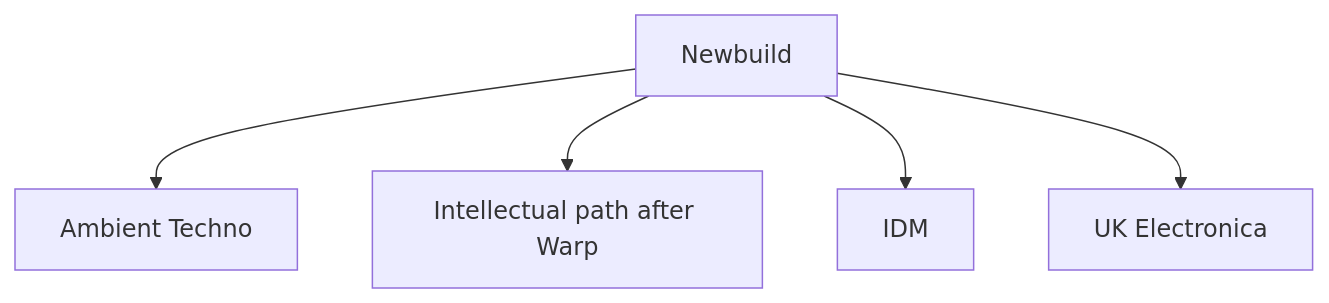
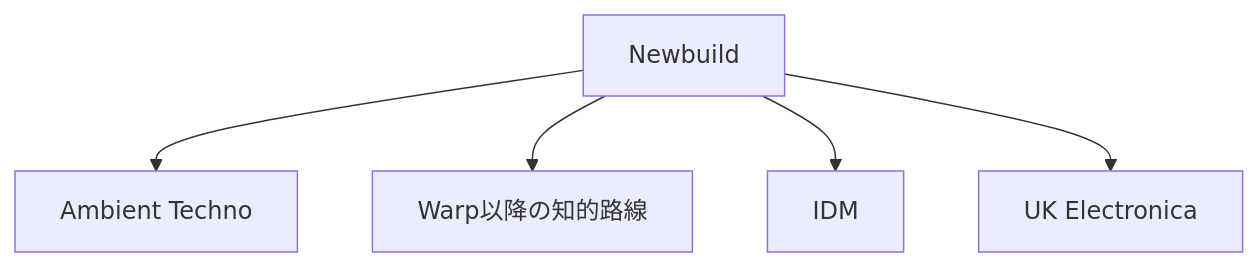
Before and after one commit to monumental-movement/monumental-movement.github.io: the fourth of 17 diagrams in en/_posts/2026-05-24-column-808-state.md, drawn with Mermaid. The commit also changed other lines of this file and 2196 other files, not shown here.

```diff
--- a/en/_posts/2026-05-24-column-808-state.md
+++ b/en/_posts/2026-05-24-column-808-state.md
@@ -166,7 +165,7 @@
 <div class="mermaid">
 flowchart TD
 A[Newbuild] --> B[Ambient Techno]
-A --> C[Intellectual path after Warp]
+A --> C[Warp以降の知的路線]
 A --> D[IDM]
 A --> E[UK Electronica]
 </div>
```
